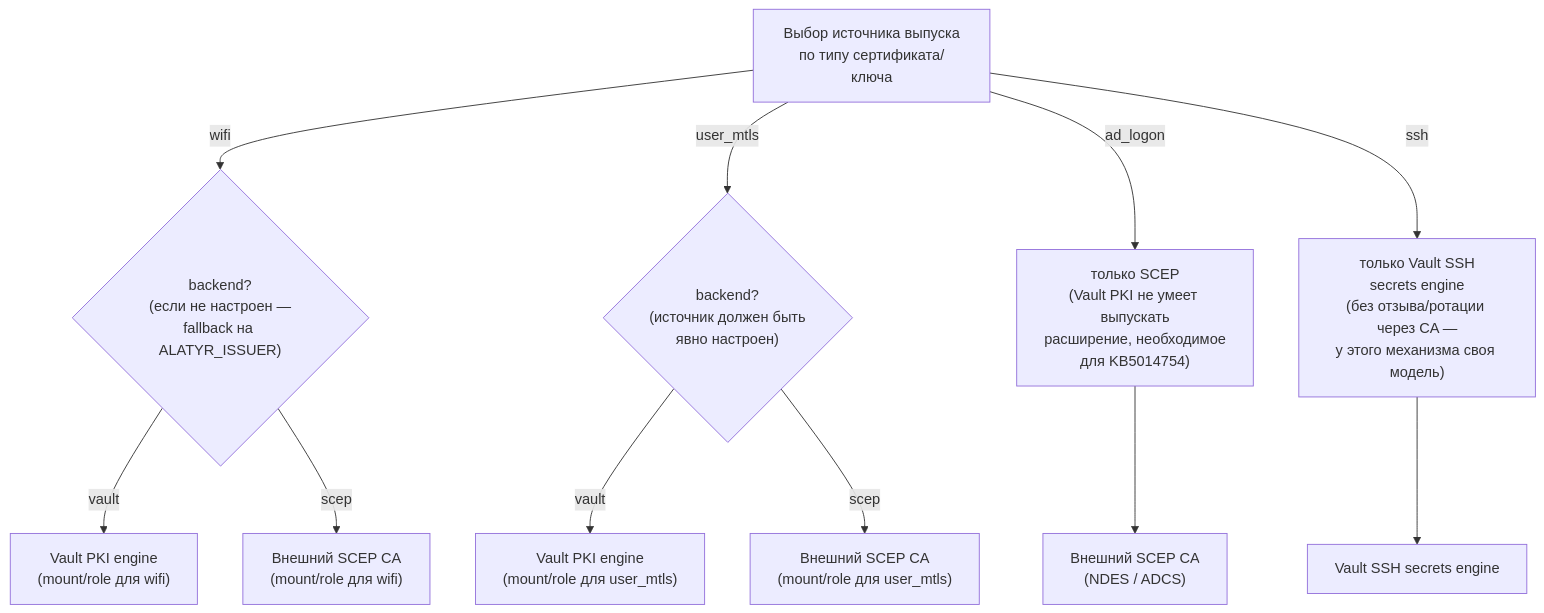
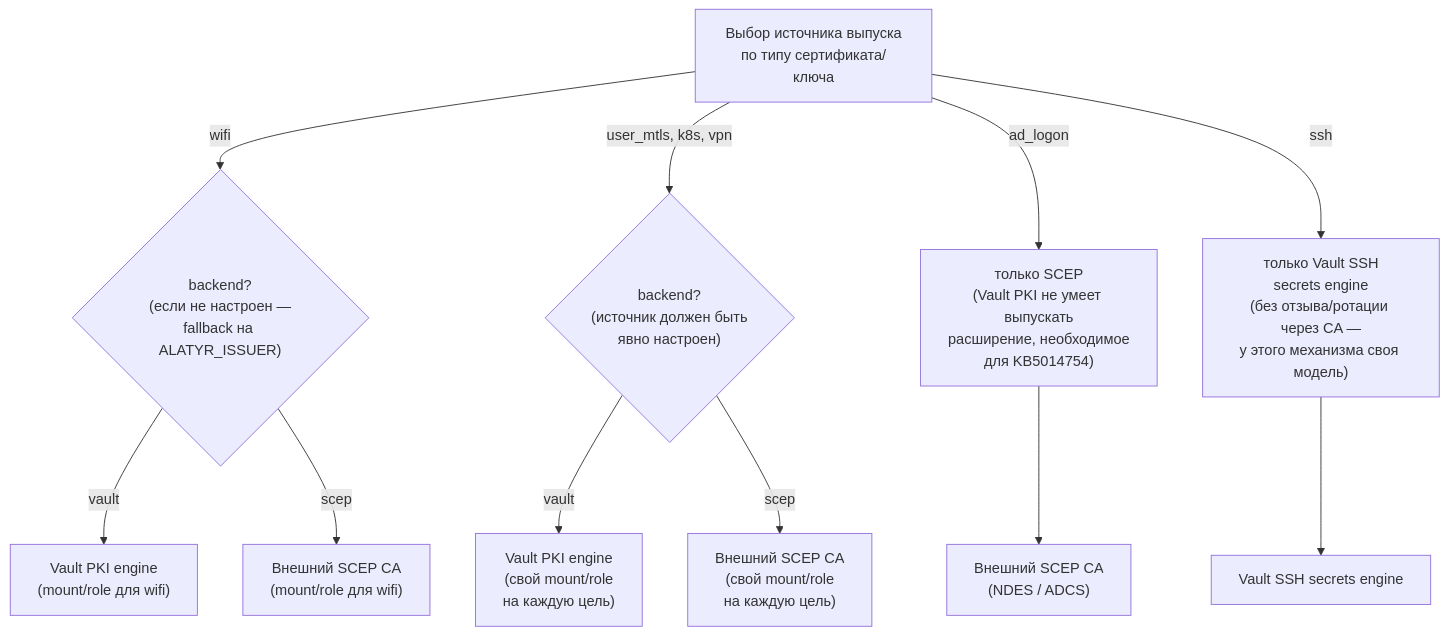
Before and after one commit to s3m4rgl/alatyr-docs: the second of 2 diagrams in docs/architecture.md, drawn with Mermaid. The commit also changed other lines of this file and 6 other files, not shown here.

````diff
--- a/docs/architecture.md
+++ b/docs/architecture.md
@@ -81,15 +94,15 @@
 ```mermaid
 flowchart TD
     Reg["Выбор источника выпуска<br/>по типу сертификата/ключа"]
     Reg -->|wifi| B1{"backend?<br/>(если не настроен —<br/>fallback на ALATYR_ISSUER)"}
-    Reg -->|user_mtls| B2{"backend?<br/>(источник должен быть<br/>явно настроен)"}
+    Reg -->|"user_mtls, k8s, vpn"| B2{"backend?<br/>(источник должен быть<br/>явно настроен)"}
     Reg -->|ad_logon| B3["только SCEP<br/>(Vault PKI не умеет выпускать<br/>расширение, необходимое<br/>для KB5014754)"]
     Reg -->|ssh| B4["только Vault SSH<br/>secrets engine<br/>(без отзыва/ротации через CA —<br/>у этого механизма своя модель)"]
 
     B1 -->|vault| V1["Vault PKI engine<br/>(mount/role для wifi)"]
     B1 -->|scep| S1["Внешний SCEP CA<br/>(mount/role для wifi)"]
-    B2 -->|vault| V2["Vault PKI engine<br/>(mount/role для user_mtls)"]
-    B2 -->|scep| S2["Внешний SCEP CA<br/>(mount/role для user_mtls)"]
+    B2 -->|vault| V2["Vault PKI engine<br/>(свой mount/role<br/>на каждую цель)"]
+    B2 -->|scep| S2["Внешний SCEP CA<br/>(свой mount/role<br/>на каждую цель)"]
     B3 --> S3["Внешний SCEP CA<br/>(NDES / ADCS)"]
     B4 --> V4["Vault SSH secrets engine"]
 ```
````
